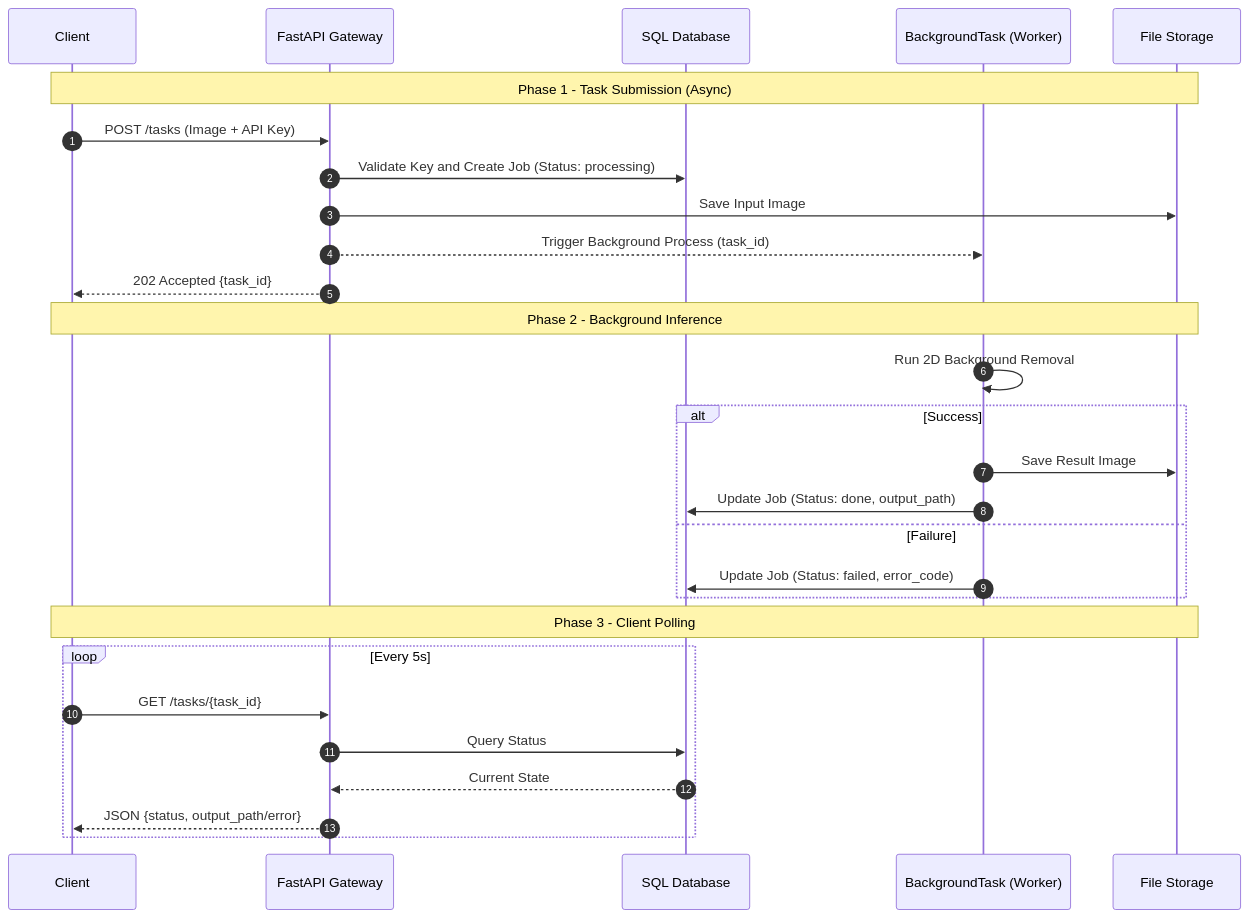
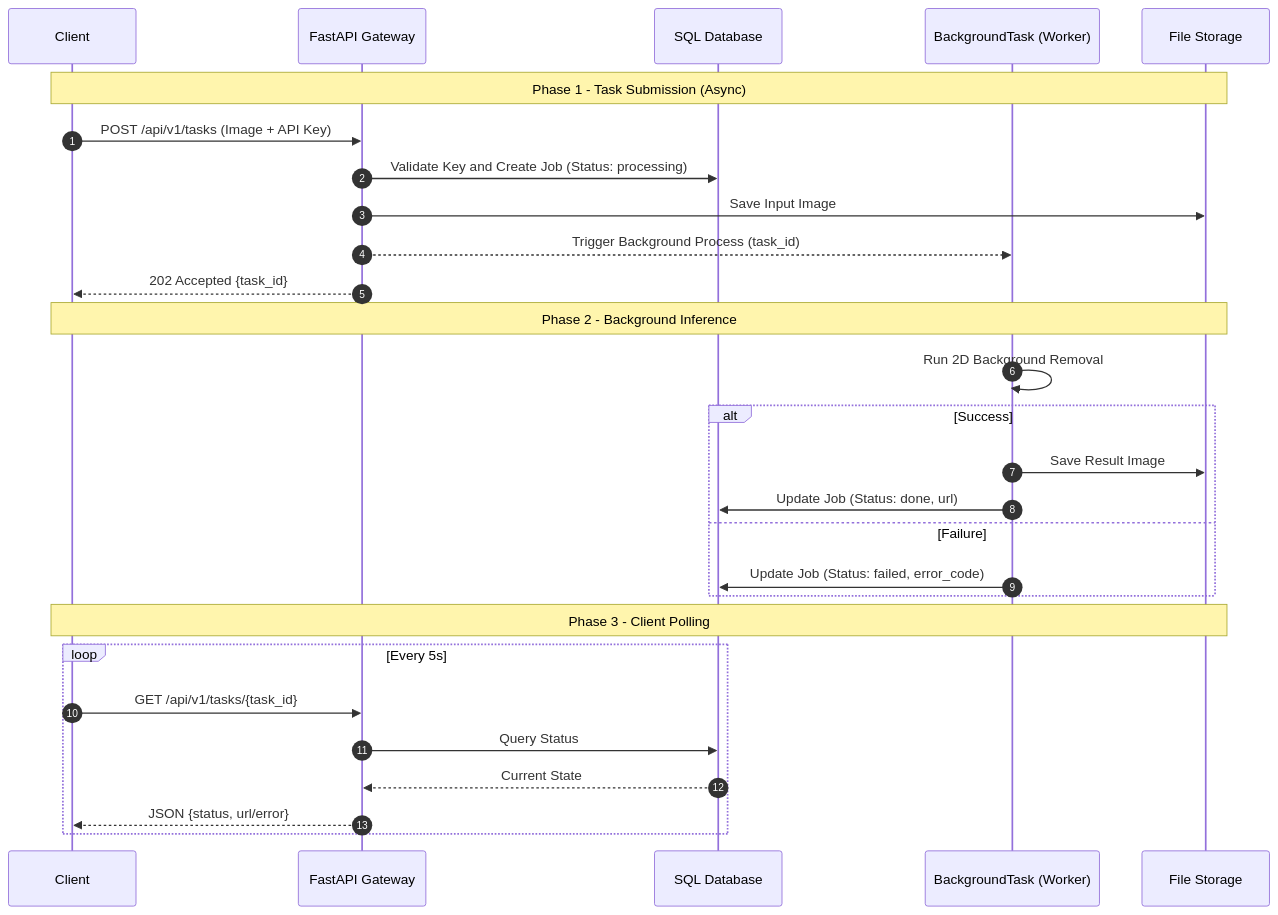
Before and after one commit to mdtsai456/Life-Course-Remove-Background: the first of 5 diagrams in docs/sdd_v1.md, drawn with Mermaid. The commit also changed other lines of this file and 2 other files, not shown here.

Commit message:
docs: consolidate PRD/SDD, align with existing Phase 0 architecture analysis

````diff
--- a/docs/sdd_v1.md
+++ b/docs/sdd_v1.md
@@ -56,33 +70,33 @@
 ```mermaid
 sequenceDiagram
     autonumber
     participant Client
     participant API as FastAPI Gateway
     participant DB as SQL Database
     participant Worker as BackgroundTask (Worker)
     participant Disk as File Storage
 
     Note over Client, Disk: Phase 1 - Task Submission (Async)
-    Client->>API: POST /tasks (Image + API Key)
+    Client->>API: POST /api/v1/tasks (Image + API Key)
     API->>DB: Validate Key and Create Job (Status: processing)
     API->>Disk: Save Input Image
     API-->>Worker: Trigger Background Process (task_id)
     API-->>Client: 202 Accepted {task_id}
 
     Note over Client, Disk: Phase 2 - Background Inference
     Worker->>Worker: Run 2D Background Removal
     alt Success
         Worker->>Disk: Save Result Image
-        Worker->>DB: Update Job (Status: done, output_path)
+        Worker->>DB: Update Job (Status: done, url)
     else Failure
         Worker->>DB: Update Job (Status: failed, error_code)
     end
 
     Note over Client, Disk: Phase 3 - Client Polling
     loop Every 5s
-        Client->>API: GET /tasks/{task_id}
+        Client->>API: GET /api/v1/tasks/{task_id}
         API->>DB: Query Status
         DB-->>API: Current State
-        API-->>Client: JSON {status, output_path/error}
+        API-->>Client: JSON {status, url/error}
     end
 ```
````
